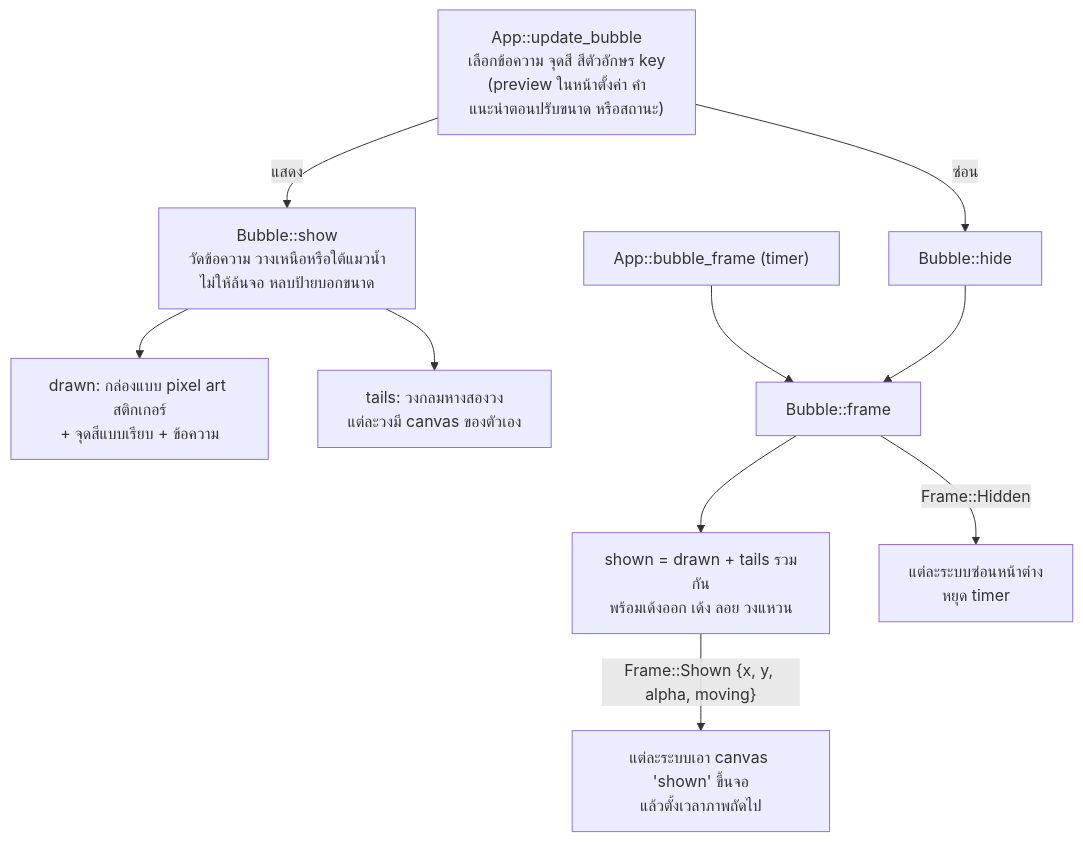
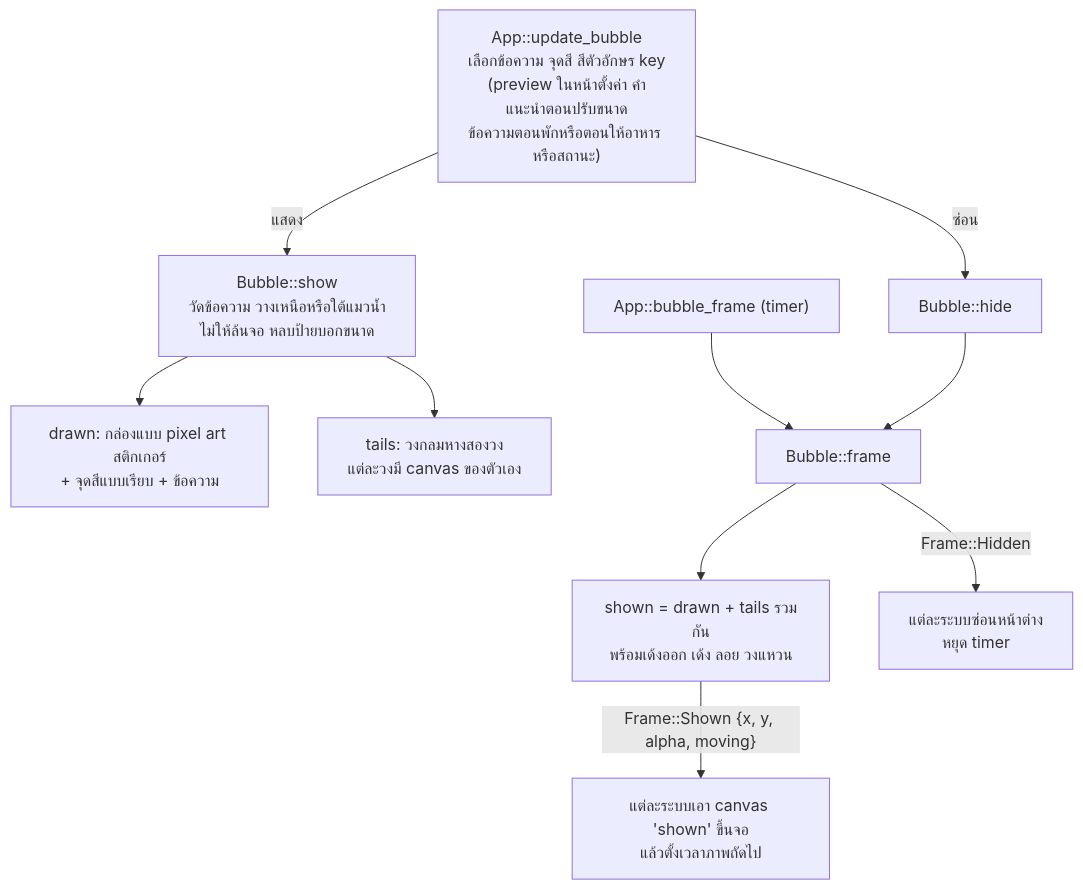
The sixth of 7 diagrams in docs/th/architecture.md (thanachaiakt/ai-mascot-hook), drawn with Mermaid before and after one commit. The commit also changed other lines of this file and 44 other files, not shown here.

````diff
--- a/docs/th/architecture.md
+++ b/docs/th/architecture.md
@@ -176,13 +183,13 @@
 ```mermaid
 flowchart TD
-    app["App::update_bubble<br/>เลือกข้อความ จุดสี สีตัวอักษร key<br/>(preview ในหน้าตั้งค่า คำแนะนำตอนปรับขนาด หรือสถานะ)"]
+    app["App::update_bubble<br/>เลือกข้อความ จุดสี สีตัวอักษร key<br/>(preview ในหน้าตั้งค่า คำแนะนำตอนปรับขนาด<br/>ข้อความตอนพักหรือตอนให้อาหาร หรือสถานะ)"]
     app -- "แสดง" --> show["Bubble::show<br/>วัดข้อความ วางเหนือหรือใต้แมวน้ำ<br/>ไม่ให้ล้นจอ หลบป้ายบอกขนาด"]
     app -- "ซ่อน" --> hidebox["Bubble::hide"]
     show --> drawn["drawn: กล่องแบบ pixel art สติกเกอร์<br/>+ จุดสีแบบเรียบ + ข้อความ"]
     show --> tails["tails: วงกลมหางสองวง<br/>แต่ละวงมี canvas ของตัวเอง"]
     frame["App::bubble_frame (timer)"] --> bfr["Bubble::frame"]
     hidebox --> bfr
     bfr --> comp["shown = drawn + tails รวมกัน<br/>พร้อมเด้งออก เด้ง ลอย วงแหวน"]
     comp -- "Frame::Shown {x, y, alpha, moving}" --> present["แต่ละระบบเอา canvas 'shown' ขึ้นจอ<br/>แล้วตั้งเวลาภาพถัดไป"]
     bfr -- "Frame::Hidden" --> off["แต่ละระบบซ่อนหน้าต่าง<br/>หยุด timer"]
 ```
````
